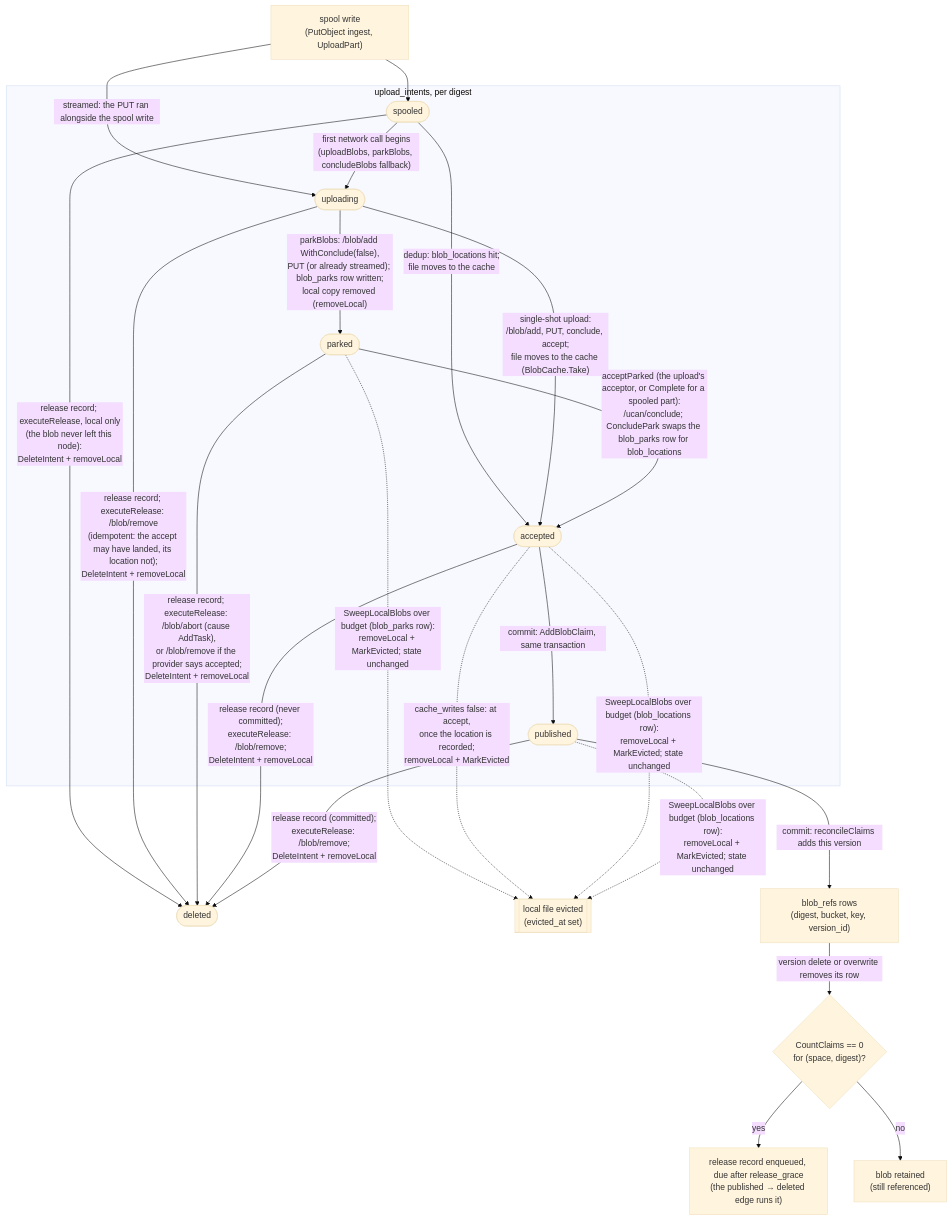
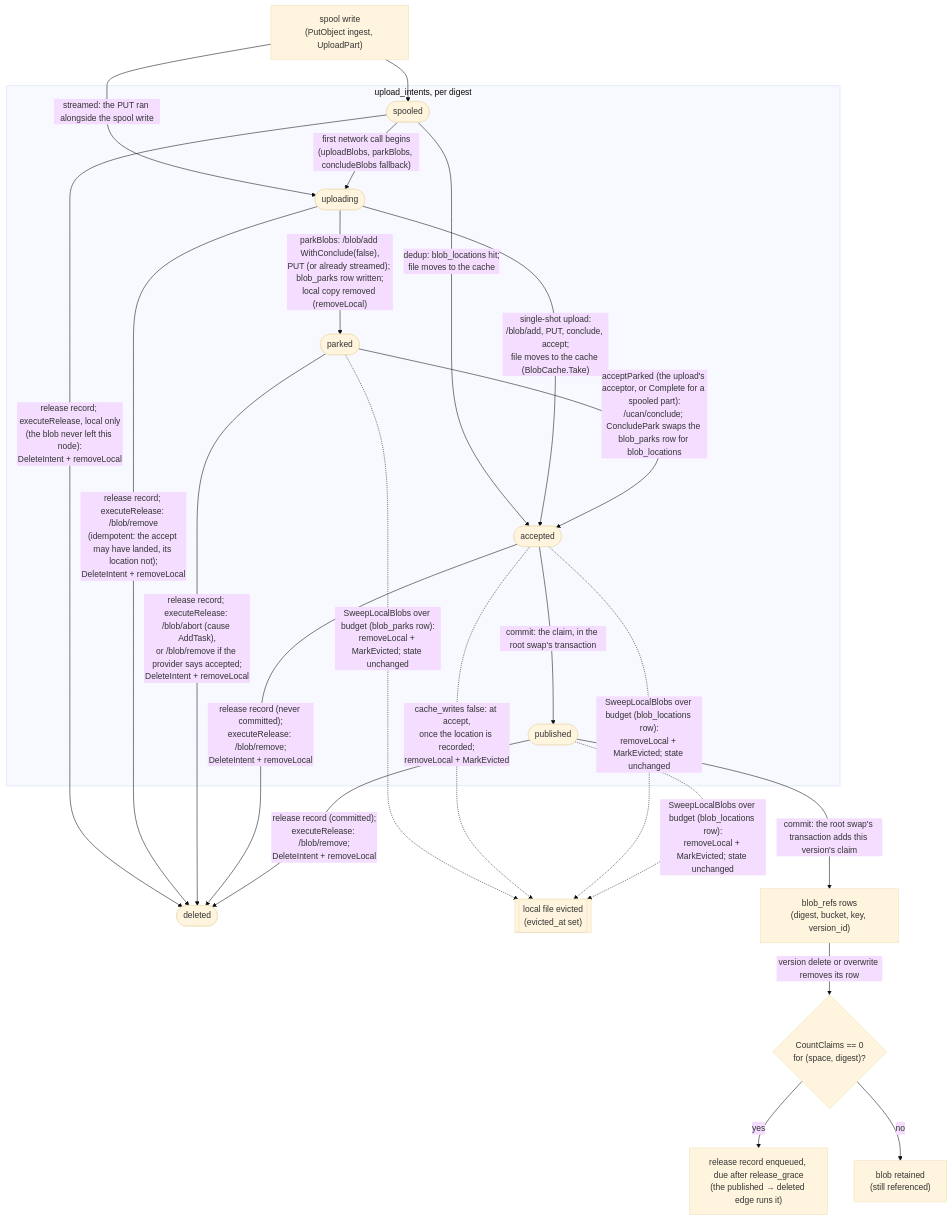
Before and after one commit to fil-forge/ingot: the ninth of 15 diagrams in docs/diagrams.md, drawn with Mermaid (base theme). The commit also changed other lines of this file and 30 other files, not shown here.

````diff
--- a/docs/diagrams.md
+++ b/docs/diagrams.md
@@ -680,35 +677,35 @@
 ```mermaid
 flowchart TB
     W["spool write<br/>(PutObject ingest, UploadPart)"] --> spooled
     W -->|"streamed: the PUT ran alongside the spool write"| uploading
 
     subgraph intents["upload_intents, per digest"]
         spooled([spooled])
         uploading([uploading])
         parked([parked])
         accepted([accepted])
         published([published])
     end
 
     spooled -->|"dedup: blob_locations hit;<br/>file moves to the cache"| accepted
     spooled -->|"first network call begins<br/>(uploadBlobs, parkBlobs, concludeBlobs fallback)"| uploading
     uploading -->|"single-shot upload:<br/>/blob/add, PUT, conclude, accept;<br/>file moves to the cache (BlobCache.Take)"| accepted
     uploading -->|"parkBlobs: /blob/add WithConclude(false),<br/>PUT (or already streamed); blob_parks row written;<br/>local copy removed (removeLocal)"| parked
     parked -->|"acceptParked (the upload's acceptor, or Complete for a spooled part):<br/>/ucan/conclude; ConcludePark swaps the blob_parks row for blob_locations"| accepted
     spooled -->|"release record; executeRelease, local only<br/>(the blob never left this node):<br/>DeleteIntent + removeLocal"| gone([deleted])
     uploading -->|"release record; executeRelease: /blob/remove<br/>(idempotent: the accept may have landed, its location not);<br/>DeleteIntent + removeLocal"| gone
     parked -->|"release record; executeRelease: /blob/abort (cause AddTask),<br/>or /blob/remove if the provider says accepted;<br/>DeleteIntent + removeLocal"| gone
     accepted -->|"release record (never committed);<br/>executeRelease: /blob/remove;<br/>DeleteIntent + removeLocal"| gone
     published -->|"release record (committed);<br/>executeRelease: /blob/remove;<br/>DeleteIntent + removeLocal"| gone
 
-    accepted -->|"commit: AddBlobClaim, same transaction"| published
+    accepted -->|"commit: the claim, in the root swap's transaction"| published
 
     parked -.->|"SweepLocalBlobs over budget (blob_parks row):<br/>removeLocal + MarkEvicted; state unchanged"| evicted[["local file evicted<br/>(evicted_at set)"]]
     accepted -.->|"cache_writes false: at accept,<br/>once the location is recorded;<br/>removeLocal + MarkEvicted"| evicted
     accepted -.->|"SweepLocalBlobs over budget (blob_locations row):<br/>removeLocal + MarkEvicted; state unchanged"| evicted
     published -.->|"SweepLocalBlobs over budget (blob_locations row):<br/>removeLocal + MarkEvicted; state unchanged"| evicted
-    published -->|"commit: reconcileClaims adds this version"| refs["blob_refs rows<br/>(digest, bucket, key, version_id)"]
+    published -->|"commit: the root swap's transaction adds this version's claim"| refs["blob_refs rows<br/>(digest, bucket, key, version_id)"]
     refs -->|"version delete or overwrite removes its row"| zero{"CountClaims == 0<br/>for (space, digest)?"}
     zero -->|yes| rel["release record enqueued, due after release_grace<br/>(the published → deleted edge runs it)"]
     zero -->|no| keep["blob retained<br/>(still referenced)"]
 ```
````
